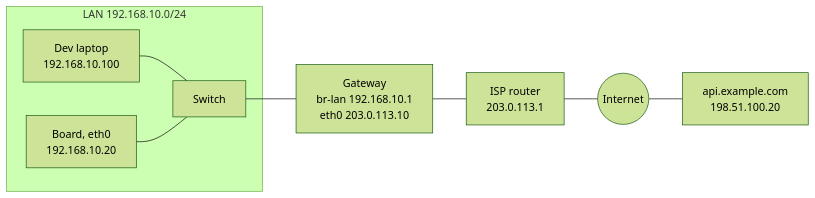
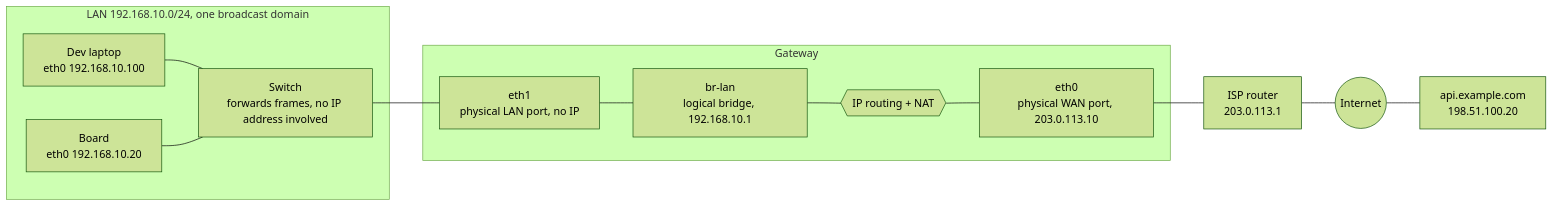
The first of 11 diagrams in networking/fundamentals/fundamentals.md (yassineflag/engineering-notes-public), drawn with Mermaid (forest theme) before and after one commit. The commit also changed other lines of this file, not shown here.

````diff
--- a/networking/fundamentals/fundamentals.md
+++ b/networking/fundamentals/fundamentals.md
@@ -75,17 +80,23 @@
 ```mermaid
 flowchart LR
-    subgraph LAN["LAN 192.168.10.0/24"]
-        laptop["Dev laptop<br/>192.168.10.100"]
-        board["Board, eth0<br/>192.168.10.20"]
-        sw["Switch"]
+    subgraph LAN["LAN 192.168.10.0/24, one broadcast domain"]
+        laptop["Dev laptop<br/>eth0 192.168.10.100"]
+        board["Board<br/>eth0 192.168.10.20"]
+        sw["Switch<br/>forwards frames, no IP address involved"]
     end
-    gw["Gateway<br/>br-lan 192.168.10.1<br/>eth0 203.0.113.10"]
+    subgraph GW["Gateway"]
+        gl["eth1<br/>physical LAN port, no IP"]
+        br["br-lan<br/>logical bridge, 192.168.10.1"]
+        rt{{"IP routing + NAT"}}
+        gw0["eth0<br/>physical WAN port, 203.0.113.10"]
+        gl --- br --- rt --- gw0
+    end
     isp["ISP router<br/>203.0.113.1"]
     inet(("Internet"))
     srv["api.example.com<br/>198.51.100.20"]
 
     laptop --- sw
     board --- sw
-    sw --- gw
-    gw --- isp --- inet --- srv
+    sw --- gl
+    gw0 --- isp --- inet --- srv
 ```
````
